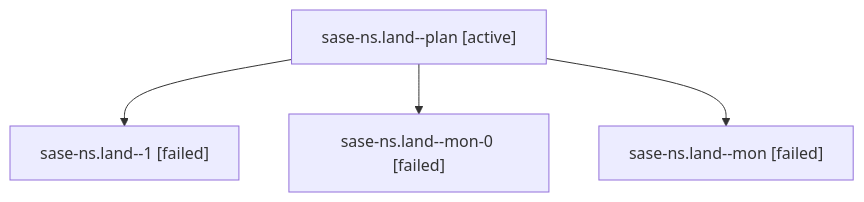
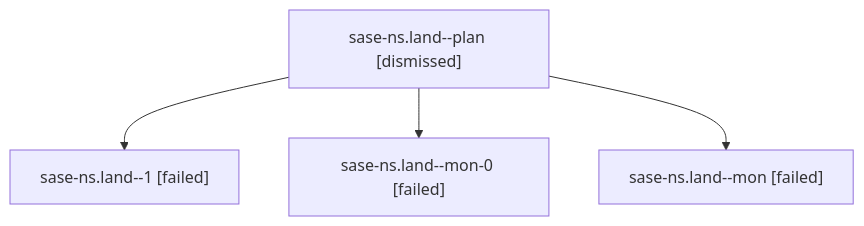
The diagram in sessions/bbugyi200.athena.sase-ns.land.md (sase-org/sase--agents), drawn with Mermaid before and after one commit. The commit also changed other lines of this file and 219 other files, not shown here.

````diff
--- a/sessions/bbugyi200.athena.sase-ns.land.md
+++ b/sessions/bbugyi200.athena.sase-ns.land.md
@@ -9,10 +9,10 @@
 ```mermaid
 flowchart TD
-  n0["sase-ns.land--plan [active]"]
+  n0["sase-ns.land--plan [dismissed]"]
   n1["sase-ns.land--1 [failed]"]
   n0 --> n1
   n2["sase-ns.land--mon-0 [failed]"]
   n0 --> n2
   n3["sase-ns.land--mon [failed]"]
   n0 --> n3
 ```
````
